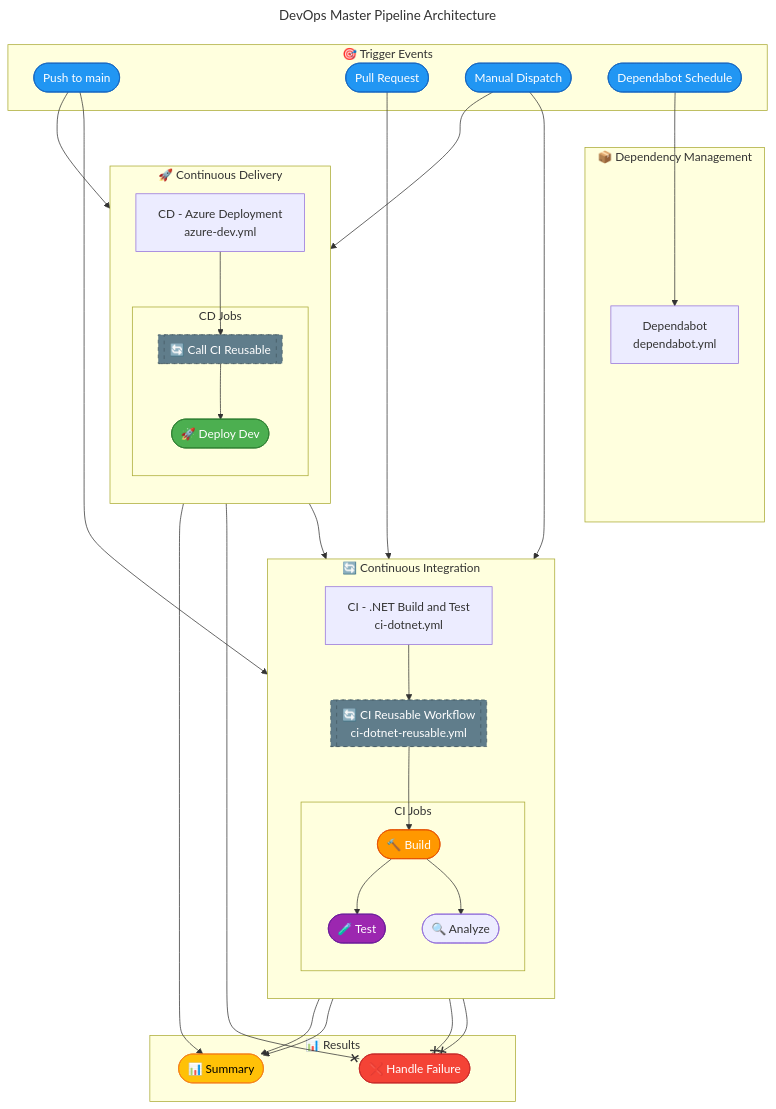
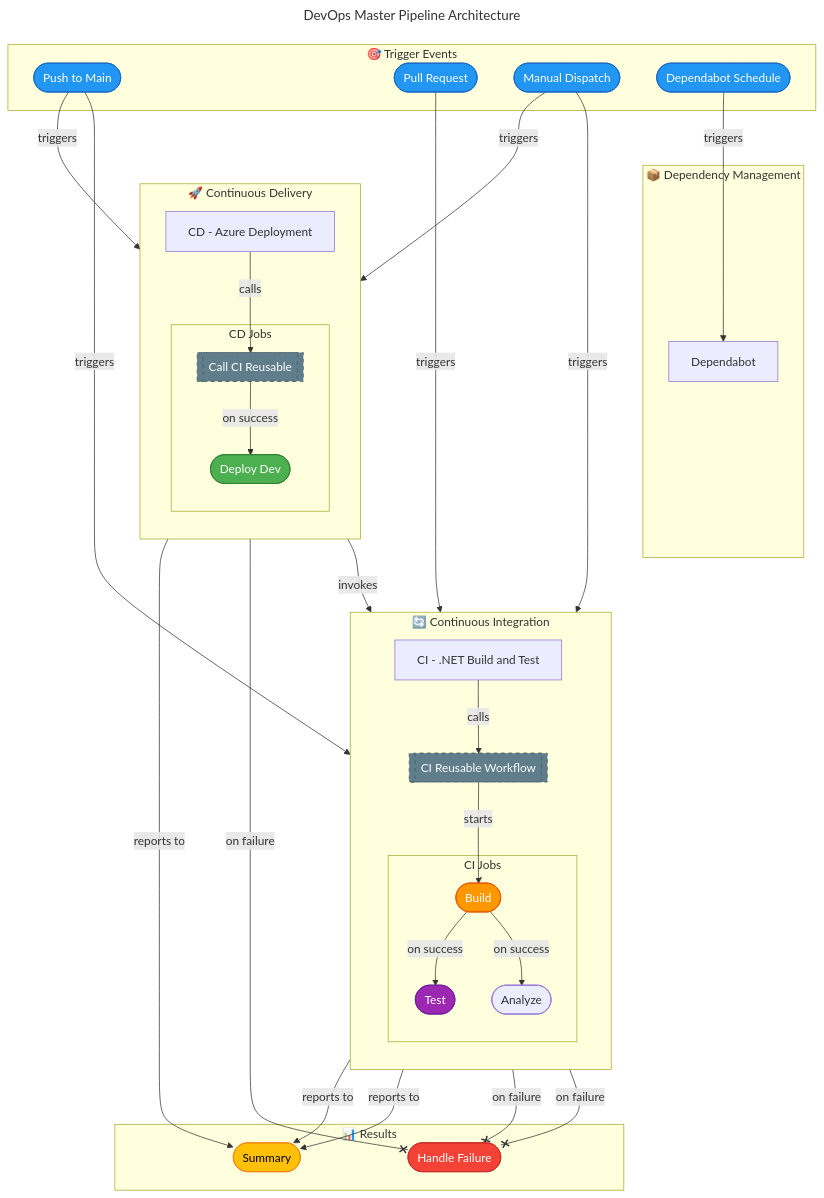
One commit to Evilazaro/Azure-LogicApps-Monitoring changed the diagram in docs/devops/README.md. Above: the diagram before and after it, drawn with Mermaid. The commit also changed 3 other files, not shown here.

Commit message:
docs: Improve diagram clarity and structure in CI/CD documentation with enhanced labels and organization

```diff
--- a/docs/devops/README.md
+++ b/docs/devops/README.md
@@ -36,80 +36,93 @@
 title: DevOps Master Pipeline Architecture
 ---
 flowchart TB
-    subgraph Triggers["🎯 Trigger Events"]
-        push([Push to main])
-        pr([Pull Request])
-        manual([Manual Dispatch])
-        schedule([Dependabot Schedule])
+    %% ===== TRIGGER EVENTS =====
+    subgraph TriggersGroup["🎯 Trigger Events"]
+        push(["Push to Main"])
+        pr(["Pull Request"])
+        manual(["Manual Dispatch"])
+        schedule(["Dependabot Schedule"])
     end
 
-    subgraph CI["🔄 Continuous Integration"]
+    %% ===== CONTINUOUS INTEGRATION =====
+    subgraph CIGroup["🔄 Continuous Integration"]
         direction TB
-        ci_workflow["CI - .NET Build and Test<br/>ci-dotnet.yml"]
-        ci_reusable[["🔄 CI Reusable Workflow<br/>ci-dotnet-reusable.yml"]]
+        ci_workflow["CI - .NET Build and Test"]
+        ci_reusable[["CI Reusable Workflow"]]
         
-        subgraph CI_Jobs["CI Jobs"]
-            build(["🔨 Build"])
-            test(["🧪 Test"])
-            analyze(["🔍 Analyze"])
+        subgraph CIJobs["CI Jobs"]
+            build(["Build"])
+            test(["Test"])
+            analyze(["Analyze"])
         end
     end
 
-    subgraph CD["🚀 Continuous Delivery"]
+    %% ===== CONTINUOUS DELIVERY =====
+    subgraph CDGroup["🚀 Continuous Delivery"]
         direction TB
-        cd_workflow["CD - Azure Deployment<br/>azure-dev.yml"]
+        cd_workflow["CD - Azure Deployment"]
         
-        subgraph CD_Jobs["CD Jobs"]
-            ci_call[["🔄 Call CI Reusable"]]
-            deploy(["🚀 Deploy Dev"])
+        subgraph CDJobs["CD Jobs"]
+            ci_call[["Call CI Reusable"]]
+            deploy(["Deploy Dev"])
         end
     end
 
-    subgraph DM["📦 Dependency Management"]
-        dependabot["Dependabot<br/>dependabot.yml"]
+    %% ===== DEPENDENCY MANAGEMENT =====
+    subgraph DMGroup["📦 Dependency Management"]
+        dependabot["Dependabot"]
     end
 
-    subgraph Summary["📊 Results"]
-        summary_job(["📊 Summary"])
-        failure_handler(["❌ Handle Failure"])
+    %% ===== RESULTS =====
+    subgraph ResultsGroup["📊 Results"]
+        summary_job(["Summary"])
+        failure_handler(["Handle Failure"])
     end
 
-    %% Trigger connections
-    push --> ci_workflow
-    push --> cd_workflow
-    pr --> ci_workflow
-    manual --> ci_workflow
-    manual --> cd_workflow
-    schedule --> dependabot
+    %% Trigger connections - events initiate workflows
+    push -->|triggers| ci_workflow
+    push -->|triggers| cd_workflow
+    pr -->|triggers| ci_workflow
+    manual -->|triggers| ci_workflow
+    manual -->|triggers| cd_workflow
+    schedule -->|triggers| dependabot
 
-    %% CI Flow
-    ci_workflow --> ci_reusable
-    ci_reusable --> build
-    build --> test
-    build --> analyze
-    test --> summary_job
-    analyze --> summary_job
+    %% CI Flow - build and test pipeline
+    ci_workflow -->|calls| ci_reusable
+    ci_reusable -->|starts| build
+    build -->|on success| test
+    build -->|on success| analyze
+    test -->|reports to| summary_job
+    analyze -->|reports to| summary_job
 
-    %% CD Flow
-    cd_workflow --> ci_call
-    ci_call --> ci_reusable
-    ci_call --> deploy
-    deploy --> summary_job
+    %% CD Flow - deployment pipeline
+    cd_workflow -->|calls| ci_call
+    ci_call -->|invokes| ci_reusable
+    ci_call -->|on success| deploy
+    deploy -->|reports to| summary_job
 
-    %% Failure path
-    test --x failure_handler
-    analyze --x failure_handler
-    deploy --x failure_handler
+    %% Failure path - error handling
+    test --x|on failure| failure_handler
+    analyze --x|on failure| failure_handler
+    deploy --x|on failure| failure_handler
 
-    %% Styling
-    classDef trigger fill:#2196F3,stroke:#1565C0,color:#fff
-    classDef build fill:#FF9800,stroke:#E65100,color:#fff
-    classDef test fill:#9C27B0,stroke:#6A1B9A,color:#fff
-    classDef deploy fill:#4CAF50,stroke:#2E7D32,color:#fff
-    classDef reusable fill:#607D8B,stroke:#455A64,color:#fff,stroke-dasharray: 5 5
-    classDef failed fill:#F44336,stroke:#C62828,color:#fff
-    classDef summary fill:#FFC107,stroke:#F57F17,color:#000
+    %% ===== STYLING DEFINITIONS =====
+    %% Triggers: Blue - entry points
+    classDef trigger fill:#2196F3,stroke:#1565C0,color:#FFFFFF
+    %% Build steps: Orange - compilation
+    classDef build fill:#FF9800,stroke:#E65100,color:#FFFFFF
+    %% Test steps: Purple - testing
+    classDef test fill:#9C27B0,stroke:#6A1B9A,color:#FFFFFF
+    %% Deploy steps: Green - deployment
+    classDef deploy fill:#4CAF50,stroke:#2E7D32,color:#FFFFFF
+    %% Reusable workflows: Gray dashed - external calls
+    classDef reusable fill:#607D8B,stroke:#455A64,color:#FFFFFF,stroke-dasharray: 5 5
+    %% Failed states: Red - error handling
+    classDef failed fill:#F44336,stroke:#C62828,color:#FFFFFF
+    %% Summary: Yellow - reporting
+    classDef summary fill:#FFC107,stroke:#F57F17,color:#000000
 
+    %% Apply styles to nodes
     class push,pr,manual,schedule trigger
     class build build
     class test test
```
